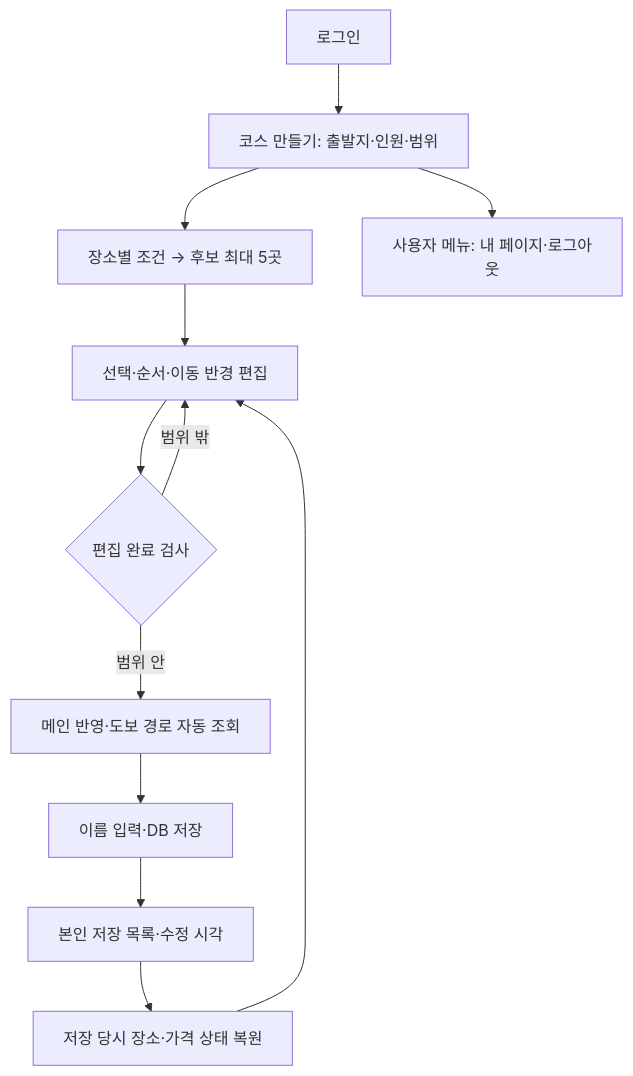
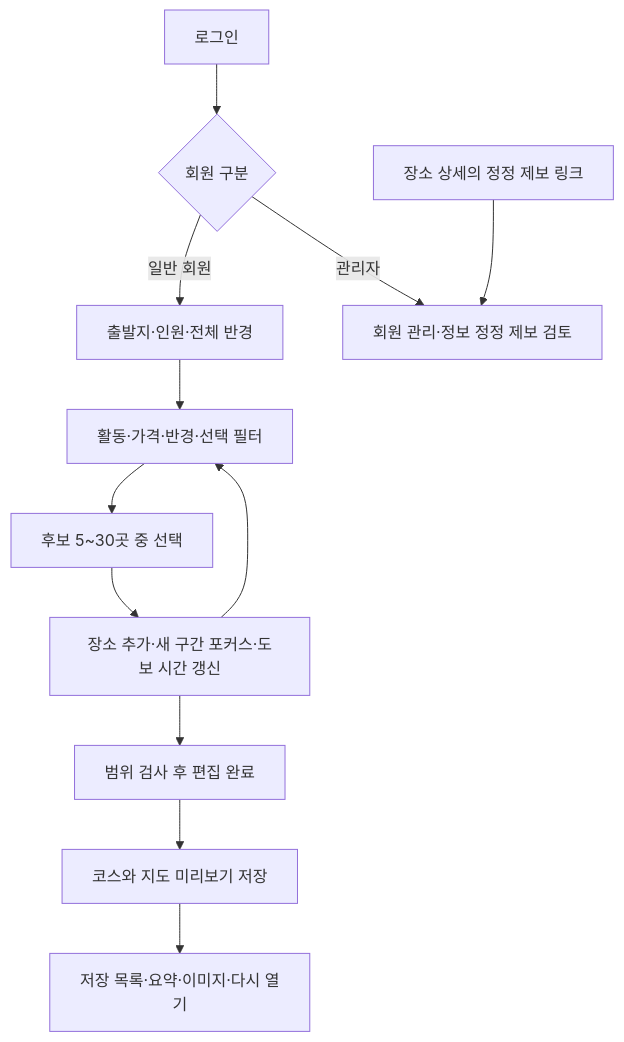
The diagram in docs/site/content/현재_구현_흐름.md (2egn/DateCourseApp), drawn with Mermaid before and after one commit. The commit also changed other lines of this file and 43 other files, not shown here.

Commit message:
Refresh team documentation and restore diagram method hints

````diff
--- a/docs/site/content/현재_구현_흐름.md
+++ b/docs/site/content/현재_구현_흐름.md
@@ -11,14 +10,14 @@
 ```mermaid
 flowchart TD
- A[로그인] --> B[코스 만들기: 출발지·인원·범위]
- B --> C[장소별 조건 → 후보 최대 5곳]
- C --> D[선택·순서·이동 반경 편집]
- D --> E{편집 완료 검사}
- E -->|범위 안| F[메인 반영·도보 경로 자동 조회]
- E -->|범위 밖| D
- F --> G[이름 입력·DB 저장]
- G --> H[본인 저장 목록·수정 시각]
- H --> I[저장 당시 장소·가격 상태 복원]
- I --> D
- B --> J[사용자 메뉴: 내 페이지·로그아웃]
+ A[로그인] --> B{회원 구분}
+ B -->|일반 회원| C[출발지·인원·전체 반경]
+ C --> D[활동·가격·반경·선택 필터]
+ D --> E[후보 5~30곳 중 선택]
+ E --> F[장소 추가·새 구간 포커스·도보 시간 갱신]
+ F --> D
+ F --> G[범위 검사 후 편집 완료]
+ G --> H[코스와 지도 미리보기 저장]
+ H --> I[저장 목록·요약·이미지·다시 열기]
+ B -->|관리자| J[회원 관리·정보 정정 제보 검토]
+ K[장소 상세의 정정 제보 링크] --> J
 ```
````
